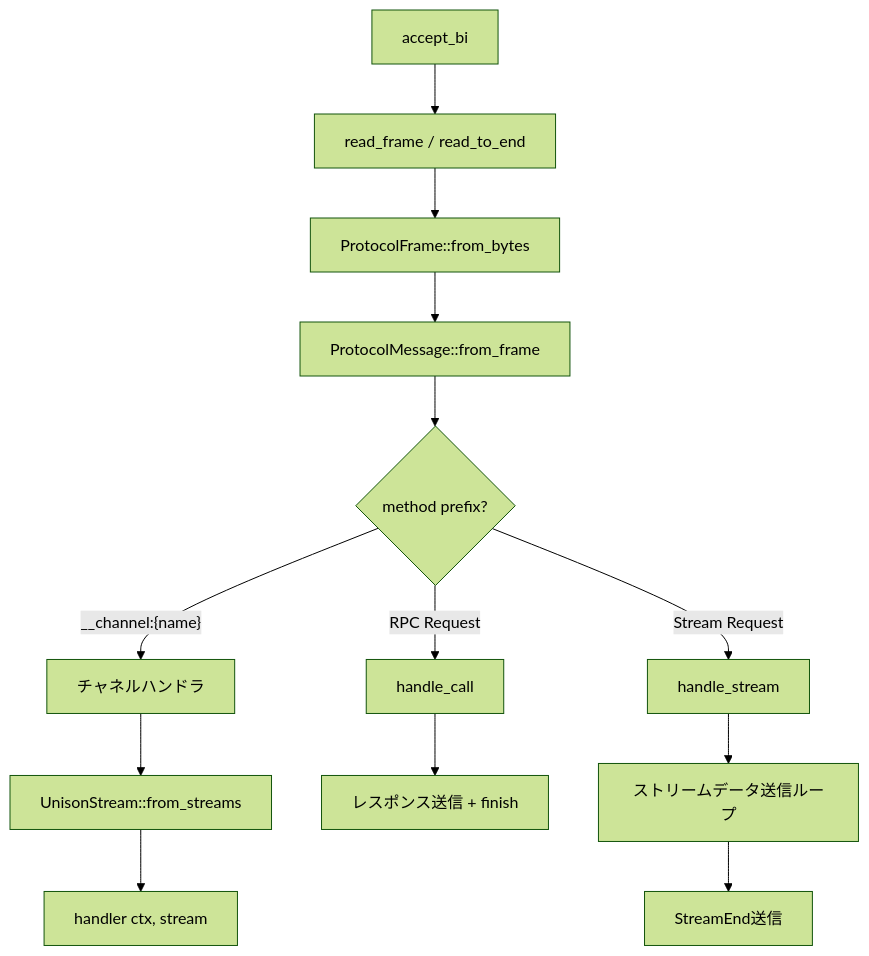
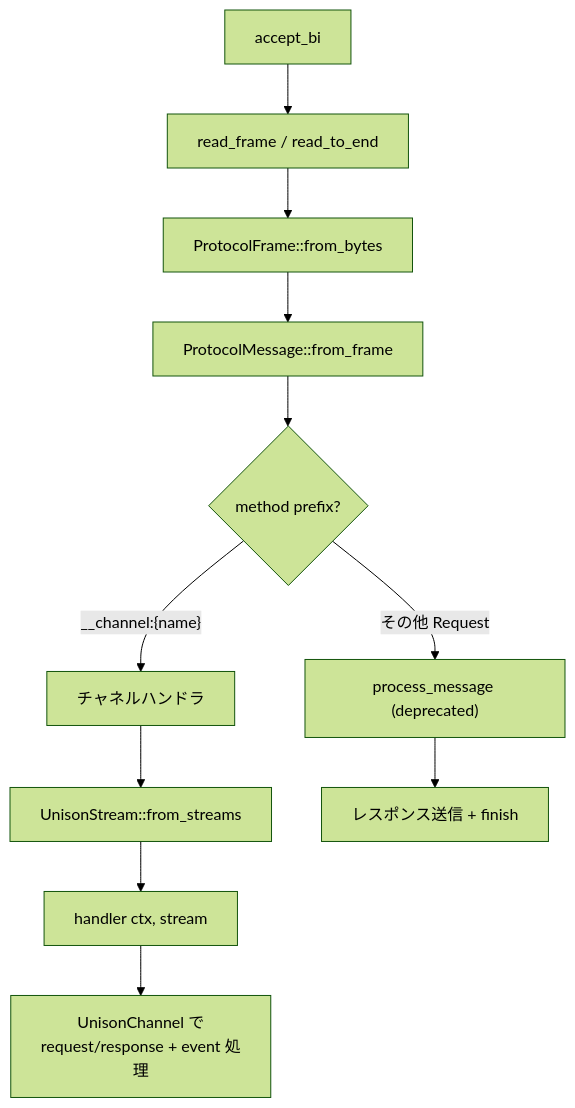
One commit to chronista-club/unison changed the third of 6 diagrams in design/quic-runtime.md. Above: the diagram before and after it, drawn with Mermaid (forest theme). The commit also changed other lines of this file and 33 other files, not shown here.

First line of the commit message:
feat: Unified Channel — RPC を全廃し全通信をチャネルに統合 (#15)

````diff
--- a/design/quic-runtime.md
+++ b/design/quic-runtime.md
@@ -182,18 +181,16 @@
 ```mermaid
 flowchart TD
     A[accept_bi] --> B[read_frame / read_to_end]
     B --> C[ProtocolFrame::from_bytes]
     C --> D[ProtocolMessage::from_frame]
     D --> E{method prefix?}
 
     E -->|"__channel:{name}"| F[チャネルハンドラ]
-    E -->|RPC Request| G[handle_call]
-    E -->|Stream Request| H[handle_stream]
+    E -->|その他 Request| G["process_message (deprecated)"]
 
     F --> I[UnisonStream::from_streams]
     I --> J[handler ctx, stream]
+    J --> K["UnisonChannel で<br/>request/response + event 処理"]
 
-    G --> K[レスポンス送信 + finish]
-    H --> L[ストリームデータ送信ループ]
-    L --> M[StreamEnd送信]
+    G --> L[レスポンス送信 + finish]
 ```
````
